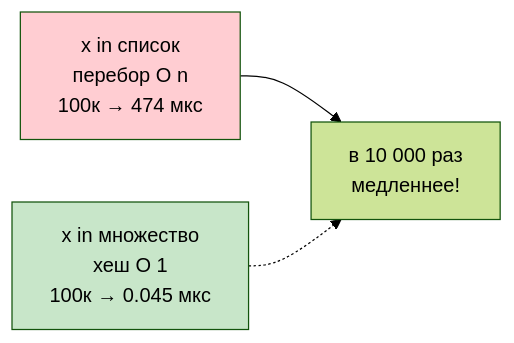
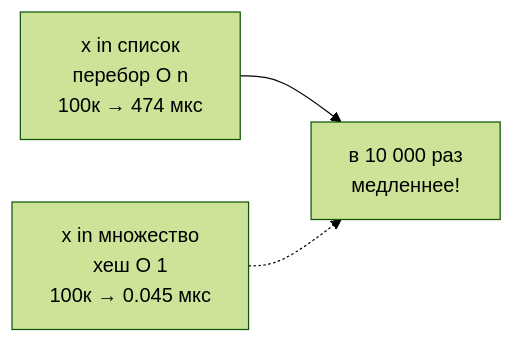
One commit to JayStorm228/College changed the second of 4 diagrams in 02_Курсы/01. Инженерные практики Python/01_Лекции/10. Сложность и производительность.md. Above: the diagram before and after it, drawn with Mermaid (forest theme). The commit also changed other lines of this file and 30 other files, not shown here.

First line of the commit message:
переименование NumPy лекций под академические заголовки + стандартные диаграммы

````diff
--- a/02_Курсы/01. Инженерные практики Python/01_Лекции/10. Сложность и производительность.md
+++ b/02_Курсы/01. Инженерные практики Python/01_Лекции/10. Сложность и производительность.md
@@ -48,7 +48,5 @@
 ```mermaid
 flowchart LR
   A[x in список<br>перебор O n<br>100к → 474 мкс] --> E[в 10 000 раз<br>медленнее!]
   C[x in множество<br>хеш O 1<br>100к → 0.045 мкс] -.-> E
-  style A fill:#ffcdd2
-  style C fill:#c8e6c9
 ```
````
